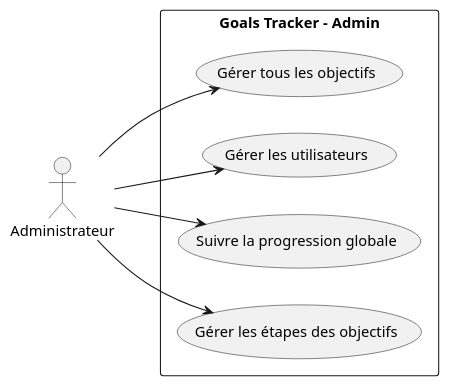
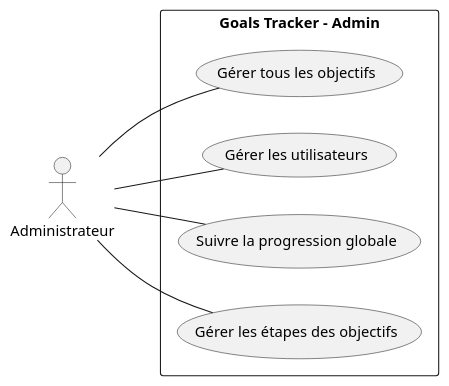
The diagram in imgs/cas Dutilisation/casAdmin.puml (abdelhaymallouli/Goals-Tracker), drawn with PlantUML before and after one commit. The commit also changed 3 other files, not shown here.

Commit message:
feat: Add public and admin use case diagrams for Goals Tracker.

```diff
--- a/imgs/cas Dutilisation/casAdmin.puml
+++ b/imgs/cas Dutilisation/casAdmin.puml
@@ -1,19 +1,19 @@
 @startuml
 left to right direction
 skinparam packageStyle rectangle
 
 actor Administrateur
 
 package "Goals Tracker - Admin" {
   usecase "Gérer tous les objectifs" as UC1
   usecase "Gérer les utilisateurs" as UC2
   usecase "Suivre la progression globale" as UC3
   usecase "Gérer les étapes des objectifs" as UC4
 }
 
-Administrateur --> UC1
-Administrateur --> UC2
-Administrateur --> UC3
-Administrateur --> UC4
+Administrateur -- UC1
+Administrateur -- UC2
+Administrateur -- UC3
+Administrateur -- UC4
 
 @enduml
```
